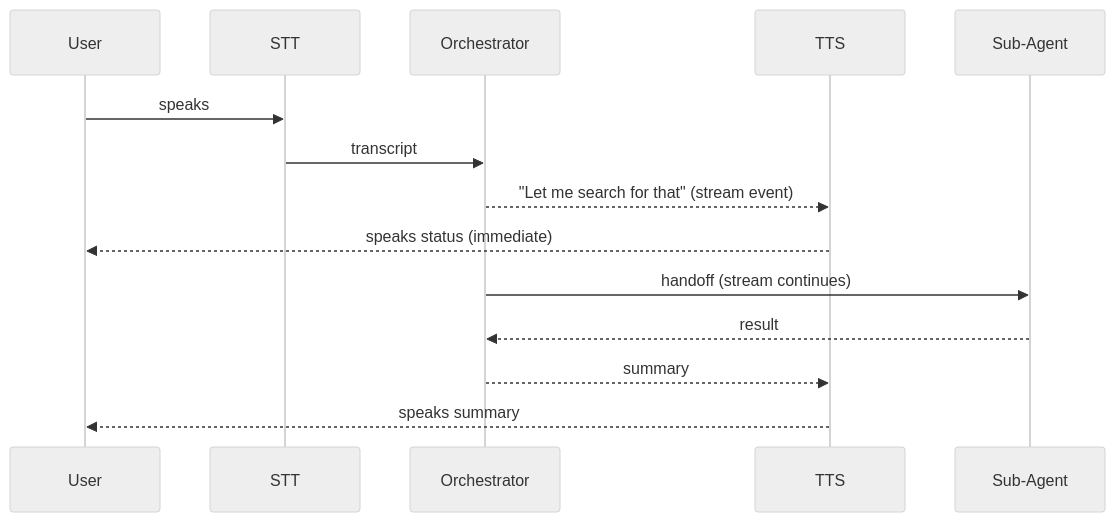
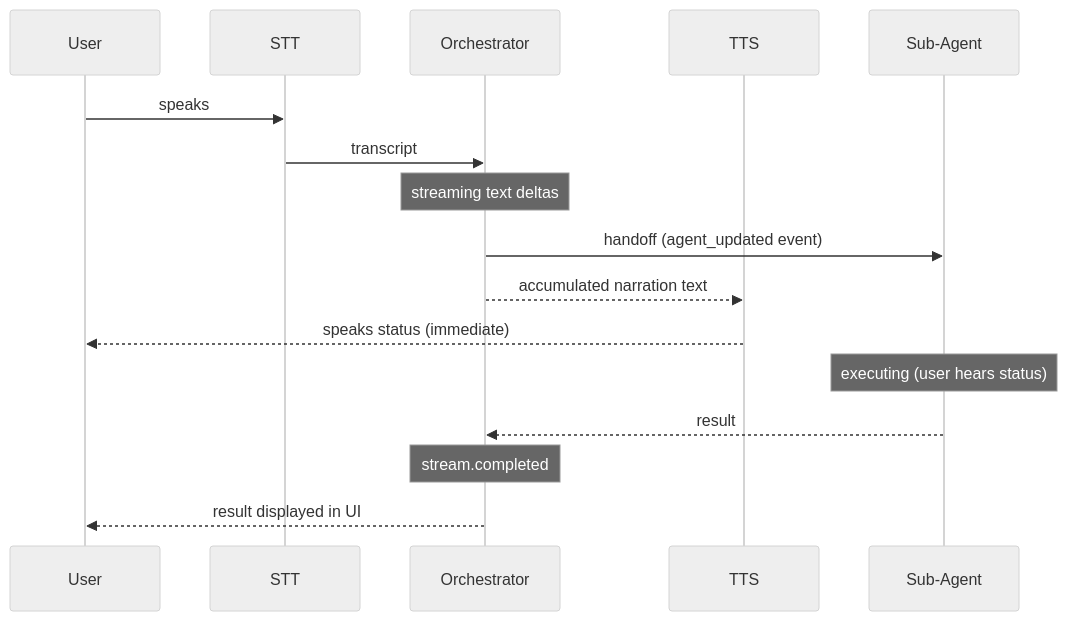
Before and after one commit to ignatda/voice-code: the diagram in .agents/features/20260325.piped-orchestrator-streaming.md, drawn with Mermaid (neutral theme). The commit also changed other lines of this file and 2 other files, not shown here.

First line of the commit message:
fix: update JetBrains MCP classpath, revert piped streaming to draft

````diff
--- a/.agents/features/20260325.piped-orchestrator-streaming.md
+++ b/.agents/features/20260325.piped-orchestrator-streaming.md
@@ -38,17 +31,19 @@
 ```mermaid
 sequenceDiagram
     participant User
     participant STT
     participant Orchestrator
     participant TTS
     participant Sub-Agent
 
     User->>STT: speaks
     STT->>Orchestrator: transcript
-    Orchestrator-->>TTS: "Let me search for that" (stream event)
+    Note over Orchestrator: streaming text deltas
+    Orchestrator->>Sub-Agent: handoff (agent_updated event)
+    Orchestrator-->>TTS: accumulated narration text
     TTS-->>User: speaks status (immediate)
-    Orchestrator->>Sub-Agent: handoff (stream continues)
+    Note over Sub-Agent: executing (user hears status)
     Sub-Agent-->>Orchestrator: result
-    Orchestrator-->>TTS: summary
-    TTS-->>User: speaks summary
+    Note over Orchestrator: stream.completed
+    Orchestrator-->>User: result displayed in UI
 ```
````
